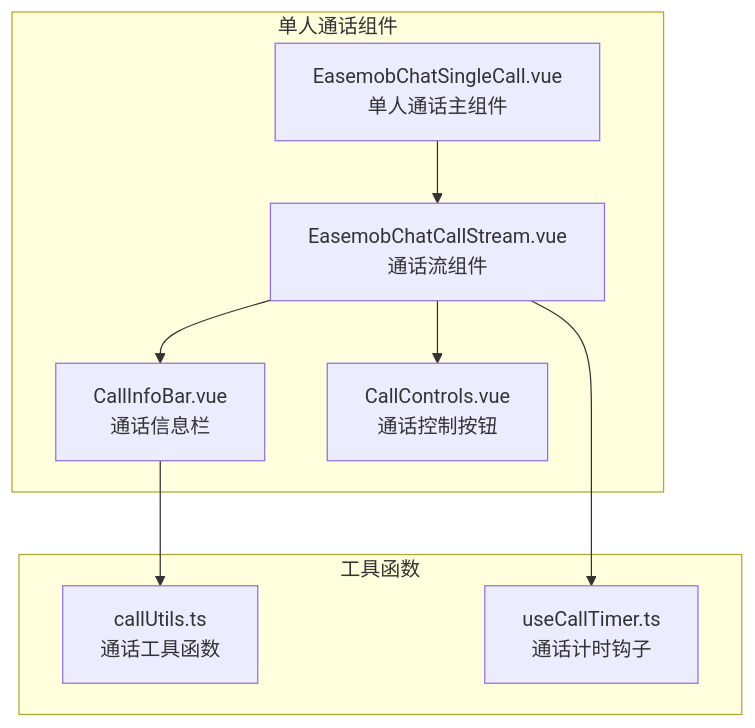
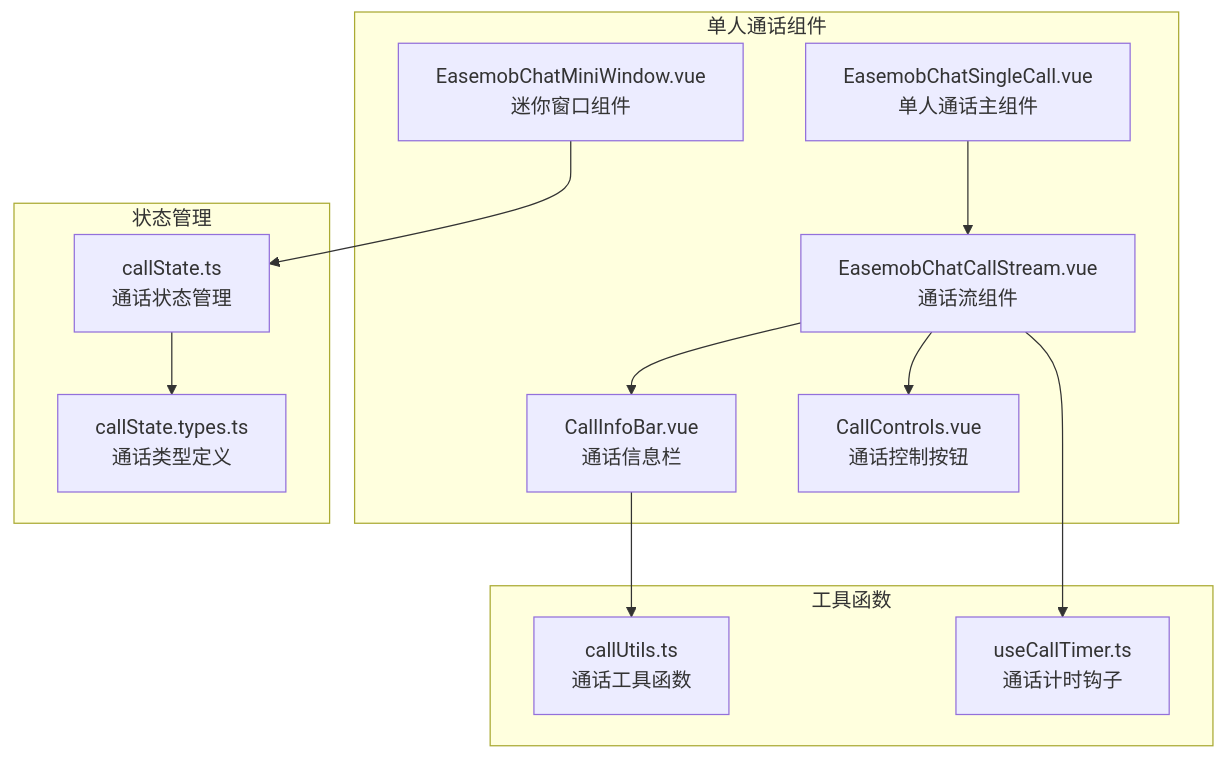
The first of 10 diagrams in .qoder/repowiki/zh/content/核心组件/单人通话组件/通话信息栏 CallInfoBar.md (Easemob-Community/easemob-uikit-callkit-vue3), drawn with Mermaid before and after one commit. The commit also changed other lines of this file and 58 other files, not shown here.

````diff
--- a/.qoder/repowiki/zh/content/核心组件/单人通话组件/通话信息栏 CallInfoBar.md
+++ b/.qoder/repowiki/zh/content/核心组件/单人通话组件/通话信息栏 CallInfoBar.md
@@ -34,18 +45,25 @@
 ```mermaid
 graph TB
 subgraph "单人通话组件"
 CallInfoBar[CallInfoBar.vue<br/>通话信息栏]
 CallStream[EasemobChatCallStream.vue<br/>通话流组件]
 CallControls[CallControls.vue<br/>通话控制按钮]
 SingleCall[EasemobChatSingleCall.vue<br/>单人通话主组件]
+MiniWindow[EasemobChatMiniWindow.vue<br/>迷你窗口组件]
 end
 subgraph "工具函数"
 CallUtils[callUtils.ts<br/>通话工具函数]
 CallTimer[useCallTimer.ts<br/>通话计时钩子]
+end
+subgraph "状态管理"
+CallState[callState.ts<br/>通话状态管理]
+CallTypes[callState.types.ts<br/>通话类型定义]
 end
 CallStream --> CallInfoBar
 CallStream --> CallControls
 CallInfoBar --> CallUtils
 CallStream --> CallTimer
 SingleCall --> CallStream
+MiniWindow --> CallState
+CallState --> CallTypes
 ```
````
